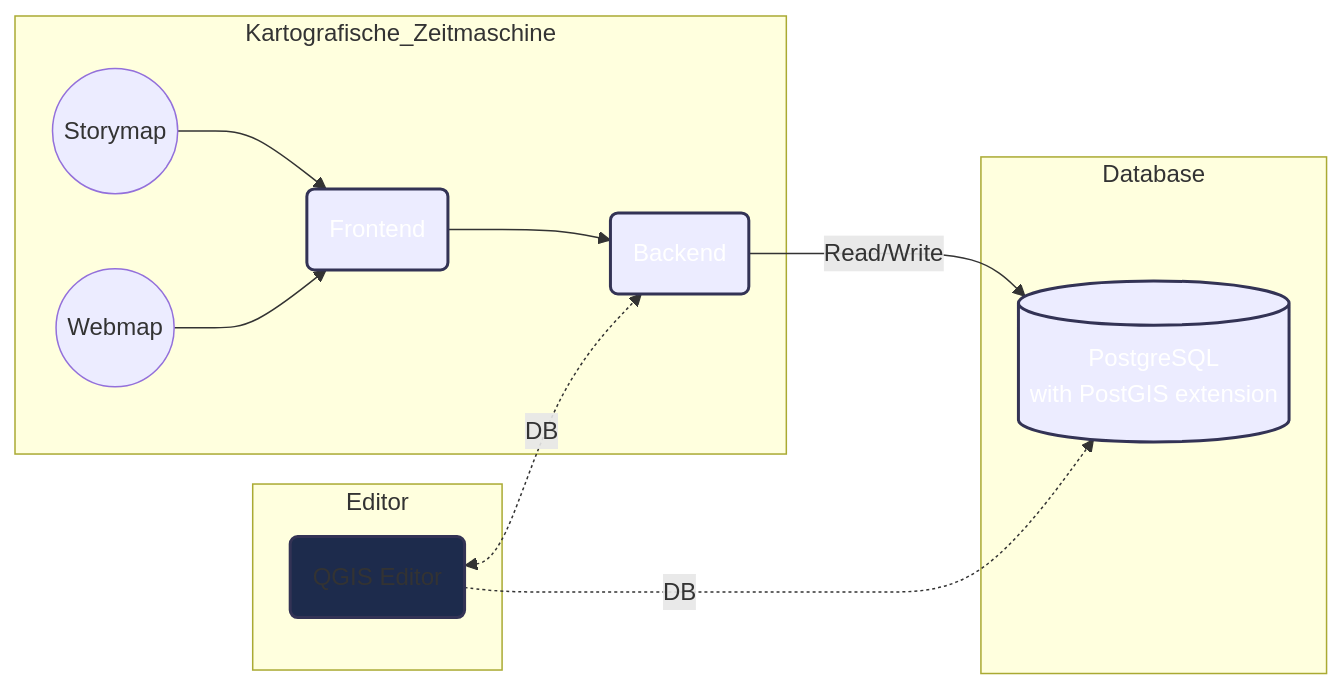
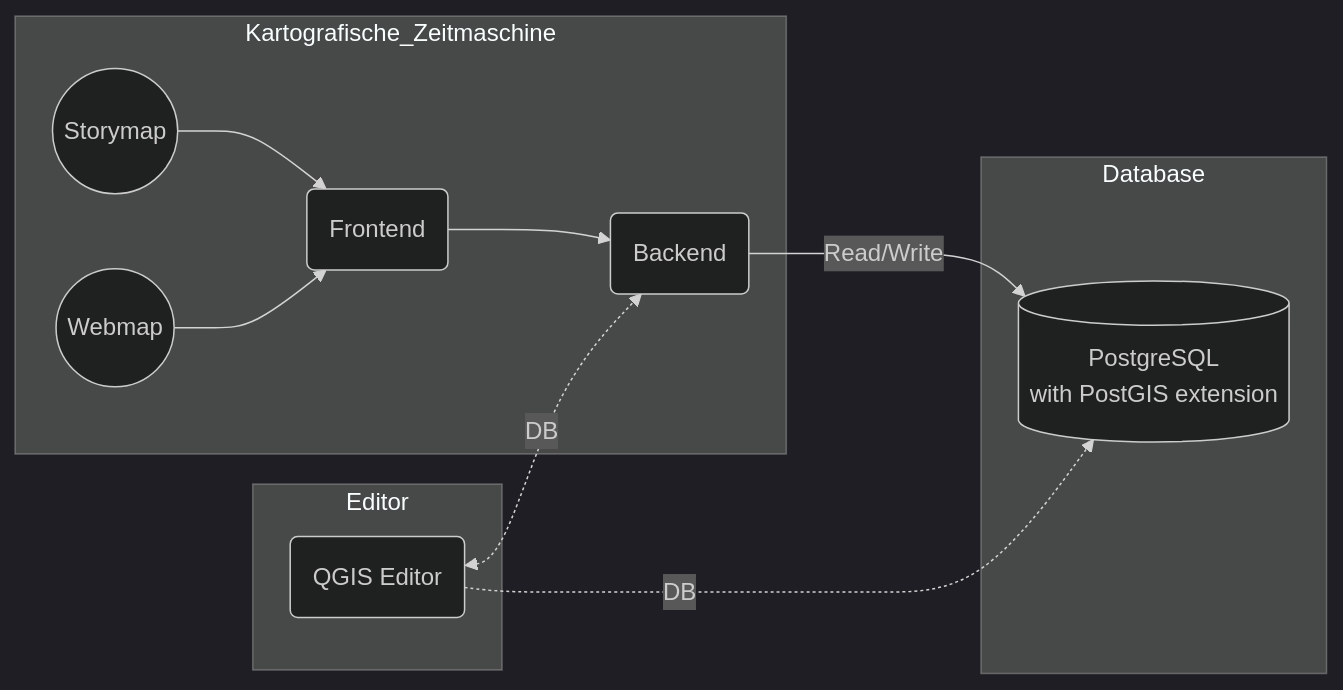
Diagram 14 of 20 in README.md (mjwalz/Kartografische_Zeitmaschine), drawn with Mermaid before and after one commit. The commit also changed other lines of this file and 4 other files, not shown here.

````diff
--- a/README.md
+++ b/README.md
@@ -759,22 +798,27 @@
 ```mermaid
+---
+config:
+  theme: 'dark'
+---
+
 graph LR
     subgraph Kartografische_Zeitmaschine
         storymap((Storymap)) -->vue(Frontend)
         webmap((Webmap)) -->vue(Frontend)
         vue(Frontend) --> dj(Backend)
     end
     subgraph Database
         dj -->|Read/Write| db[(PostgreSQL<br/>with PostGIS extension)]
     end
     
     subgraph Editor
         Q(QGIS Editor) -.->|DB| db
         Q(QGIS Editor) <-.->|DB| dj
     end
     
     
-    style Q fill:#1d2b4c,stroke:#335,stroke-width:2px
-    style dj stroke:#335,stroke-width:2px,color:white
-    style db stroke:#335,stroke-width:2px,color:white
-    style vue stroke:#335,stroke-width:2px,color:white
+    %%style Q fill:#1d2b4c,stroke:#335,stroke-width:2px
+    %%style dj stroke:#335,stroke-width:2px,color:white
+    %%style db stroke:#335,stroke-width:2px,color:white
+    %%style vue stroke:#335,stroke-width:2px,color:white
 ```
````
